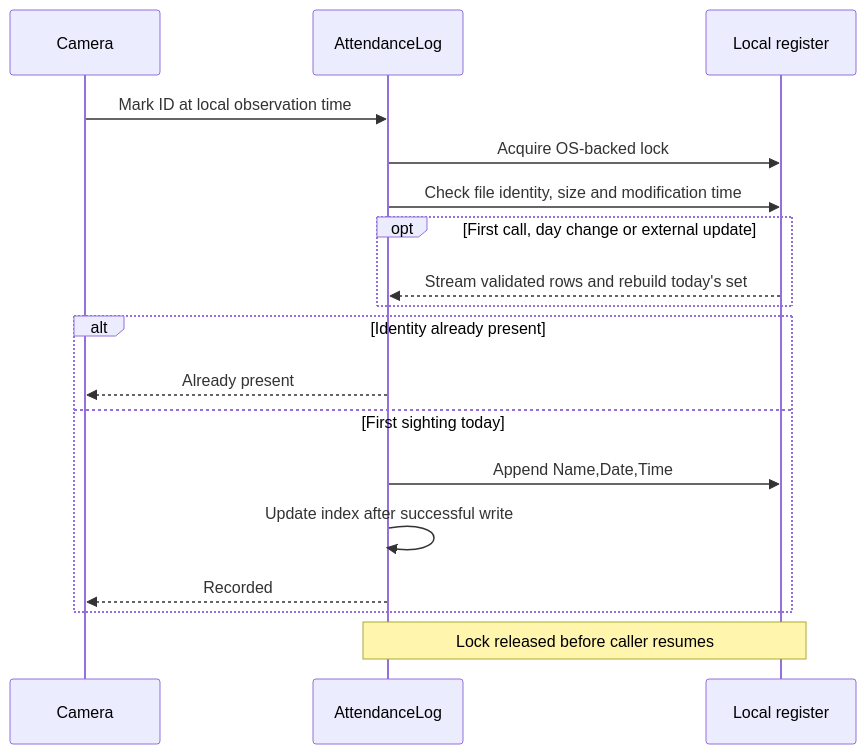
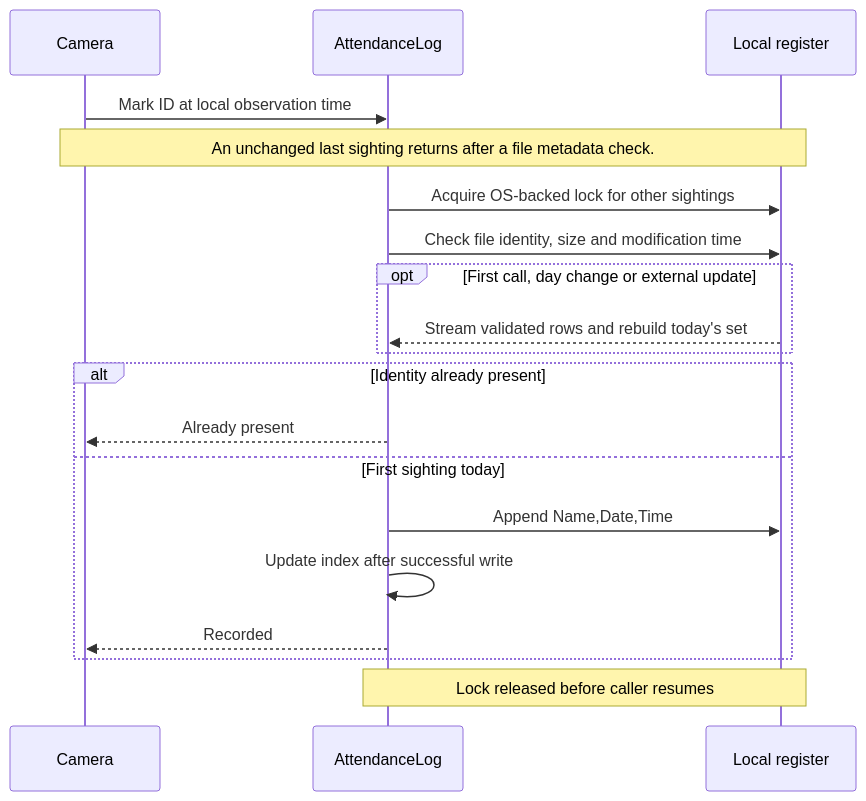
One commit to pial-paul/iDetectFace changed the diagram in docs/engineering.md. Above: the diagram before and after it, drawn with Mermaid. The commit also changed other lines of this file and 7 other files, not shown here.

````diff
--- a/docs/engineering.md
+++ b/docs/engineering.md
@@ -28,20 +28,21 @@
 ```mermaid
 sequenceDiagram
     participant Camera
     participant Log as AttendanceLog
     participant File as Local register
     Camera->>Log: Mark ID at local observation time
-    Log->>File: Acquire OS-backed lock
+    Note over Camera,File: An unchanged last sighting returns after a file metadata check.
+    Log->>File: Acquire OS-backed lock for other sightings
     Log->>File: Check file identity, size and modification time
     opt First call, day change or external update
         File-->>Log: Stream validated rows and rebuild today's set
     end
     alt Identity already present
         Log-->>Camera: Already present
     else First sighting today
         Log->>File: Append Name,Date,Time
         Log->>Log: Update index after successful write
         Log-->>Camera: Recorded
     end
     Note over Log,File: Lock released before caller resumes
 ```
````
